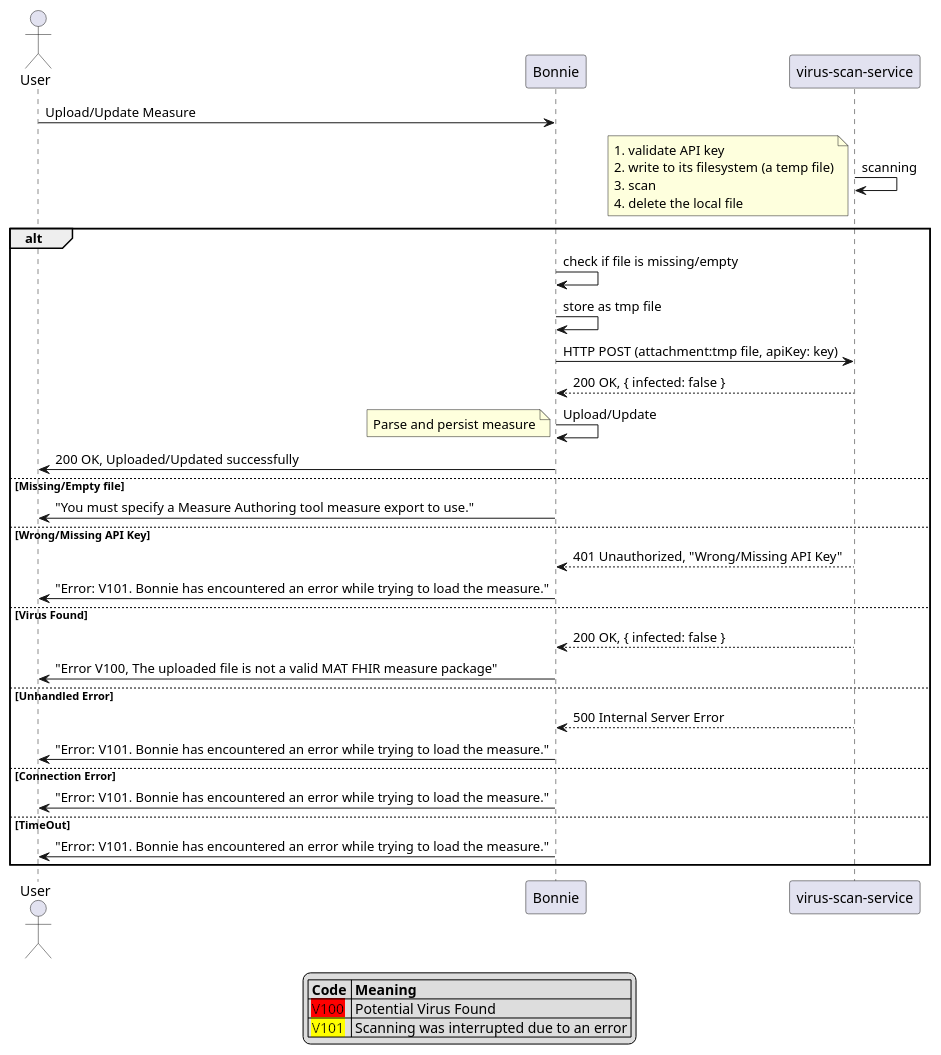
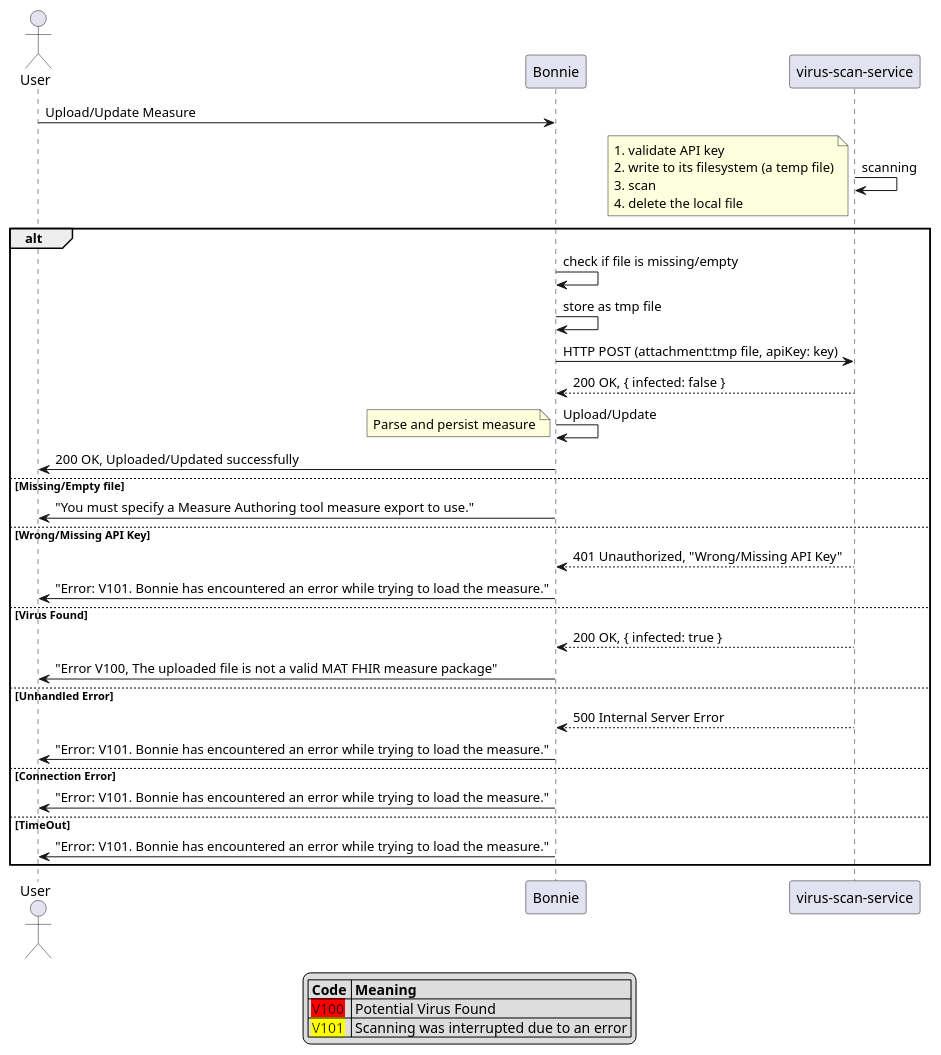
The diagram in doc/virus_scanning_sequence.puml (MeasureAuthoringTool/bonnie), drawn with PlantUML before and after one commit.

Commit message:
MAT-2281 Correct an error message on the seq diagram

```diff
--- a/doc/virus_scanning_sequence.puml
+++ b/doc/virus_scanning_sequence.puml
@@ -1,53 +1,53 @@
 @startuml
 actor User
 
 User -> Bonnie: Upload/Update Measure
 
 "virus-scan-service" -> "virus-scan-service": scanning
 note left
     1. validate API key
     2. write to its filesystem (a temp file)
     3. scan
     4. delete the local file
 end note
 alt
 Bonnie -> Bonnie: check if file is missing/empty
 Bonnie -> Bonnie: store as tmp file
 Bonnie -> "virus-scan-service": HTTP POST (attachment:tmp file, apiKey: key)
 "virus-scan-service" --> Bonnie: 200 OK, { infected: false }
 Bonnie -> Bonnie: Upload/Update
 note left
     Parse and persist measure
 end note
 Bonnie -> User: 200 OK, Uploaded/Updated successfully
 
 else Missing/Empty file
 Bonnie -> User: "You must specify a Measure Authoring tool measure export to use."
 
 else Wrong/Missing API Key
 "virus-scan-service" --> Bonnie: 401 Unauthorized, "Wrong/Missing API Key"
 Bonnie -> User: "Error: V101. Bonnie has encountered an error while trying to load the measure."
 
 else Virus Found
-"virus-scan-service" --> Bonnie: 200 OK, { infected: false }
+"virus-scan-service" --> Bonnie: 200 OK, { infected: true }
 Bonnie -> User: "Error V100, The uploaded file is not a valid MAT FHIR measure package"
 
 else Unhandled Error
 "virus-scan-service" --> Bonnie: 500 Internal Server Error
 Bonnie -> User: "Error: V101. Bonnie has encountered an error while trying to load the measure."
 
 else Connection Error
 Bonnie -> User: "Error: V101. Bonnie has encountered an error while trying to load the measure."
 
 else TimeOut
 Bonnie -> User: "Error: V101. Bonnie has encountered an error while trying to load the measure."
 
 end
 
 legend
  |= Code |= Meaning |
  |<back:#red> V100  </back>| Potential Virus Found |
  |<back:#yellow> V101  </back>| Scanning was interrupted due to an error |
 endlegend
 
 @enduml
```
